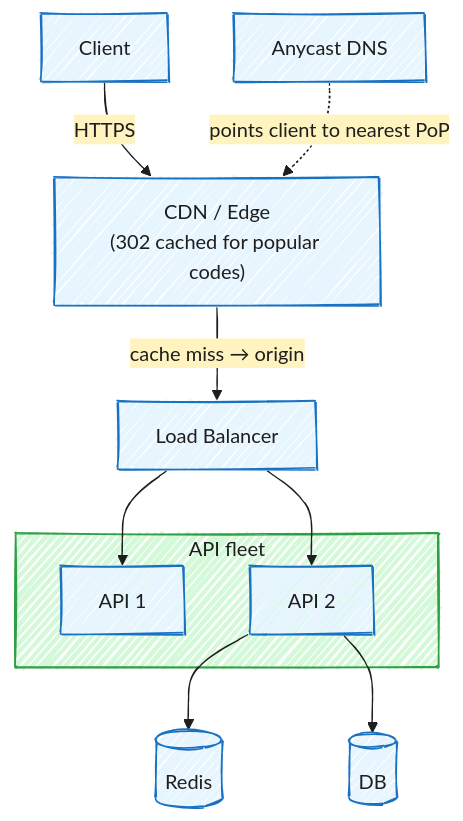
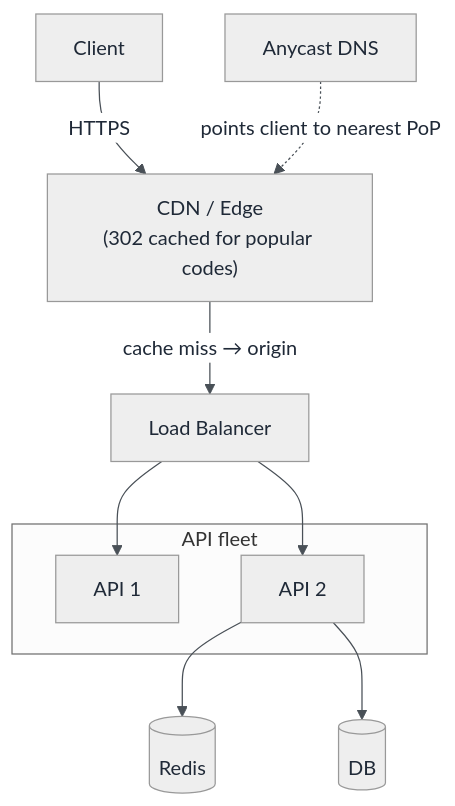
One commit to Prateek-5/question-bank changed the fifth of 9 diagrams in HLD/Topics/URL_Shortener/URL_Shortener_Design.md. Above: the diagram before and after it, drawn with Mermaid. The commit also changed other lines of this file and 3 other files, not shown here.

Commit message:
Updated the diagram

````diff
--- a/HLD/Topics/URL_Shortener/URL_Shortener_Design.md
+++ b/HLD/Topics/URL_Shortener/URL_Shortener_Design.md
@@ -517,42 +534,50 @@
 ```mermaid
 ---
 config:
-  look: handDrawn
-  theme: base
+  theme: neutral
   themeVariables:
     background: '#ffffff'
-    primaryColor: '#e7f5ff'
-    primaryTextColor: '#1e1e1e'
-    primaryBorderColor: '#1971c2'
-    lineColor: '#1e1e1e'
-    secondaryColor: '#fff3bf'
-    secondaryTextColor: '#1e1e1e'
-    secondaryBorderColor: '#e67700'
-    tertiaryColor: '#d3f9d8'
-    tertiaryTextColor: '#1e1e1e'
-    tertiaryBorderColor: '#2f9e44'
-    actorBkg: '#e7f5ff'
-    actorBorder: '#1971c2'
-    actorTextColor: '#1e1e1e'
-    classText: '#1e1e1e'
-    fontFamily: 'Segoe UI, Helvetica, Arial, sans-serif'
+    primaryColor: '#cfe2ff'
+    primaryTextColor: '#1f2937'
+    primaryBorderColor: '#084298'
+    secondaryColor: '#fff3cd'
+    secondaryTextColor: '#1f2937'
+    secondaryBorderColor: '#664d03'
+    tertiaryColor: '#d1e7dd'
+    tertiaryTextColor: '#1f2937'
+    tertiaryBorderColor: '#0a3622'
+    lineColor: '#495057'
+    textColor: '#1f2937'
+    noteBkgColor: '#fff3cd'
+    noteTextColor: '#1f2937'
+    noteBorderColor: '#997404'
+    actorBkg: '#cfe2ff'
+    actorBorder: '#084298'
+    actorTextColor: '#1f2937'
+    signalColor: '#495057'
+    signalTextColor: '#1f2937'
+    labelBoxBkgColor: '#ffffff'
+    labelBoxBorderColor: '#d3d3d3'
+    labelTextColor: '#1f2937'
+    classText: '#1f2937'
+    fontFamily: 'system-ui, -apple-system, Segoe UI, Helvetica, Arial, sans-serif'
 ---
 flowchart TB
   Client[Client]
   DNS[Anycast DNS]
   CDN["CDN / Edge<br/>(302 cached for popular codes)"]
   LB[Load Balancer]
   subgraph fleet["API fleet"]
     A1[API 1]
     A2[API 2]
   end
   Redis[(Redis)]
   DB[(DB)]
   Client -->|HTTPS| CDN
   DNS -.->|points client to nearest PoP| CDN
   CDN -->|cache miss → origin| LB
   LB --> A1
   LB --> A2
   A2 --> Redis
   A2 --> DB
 ```
````
